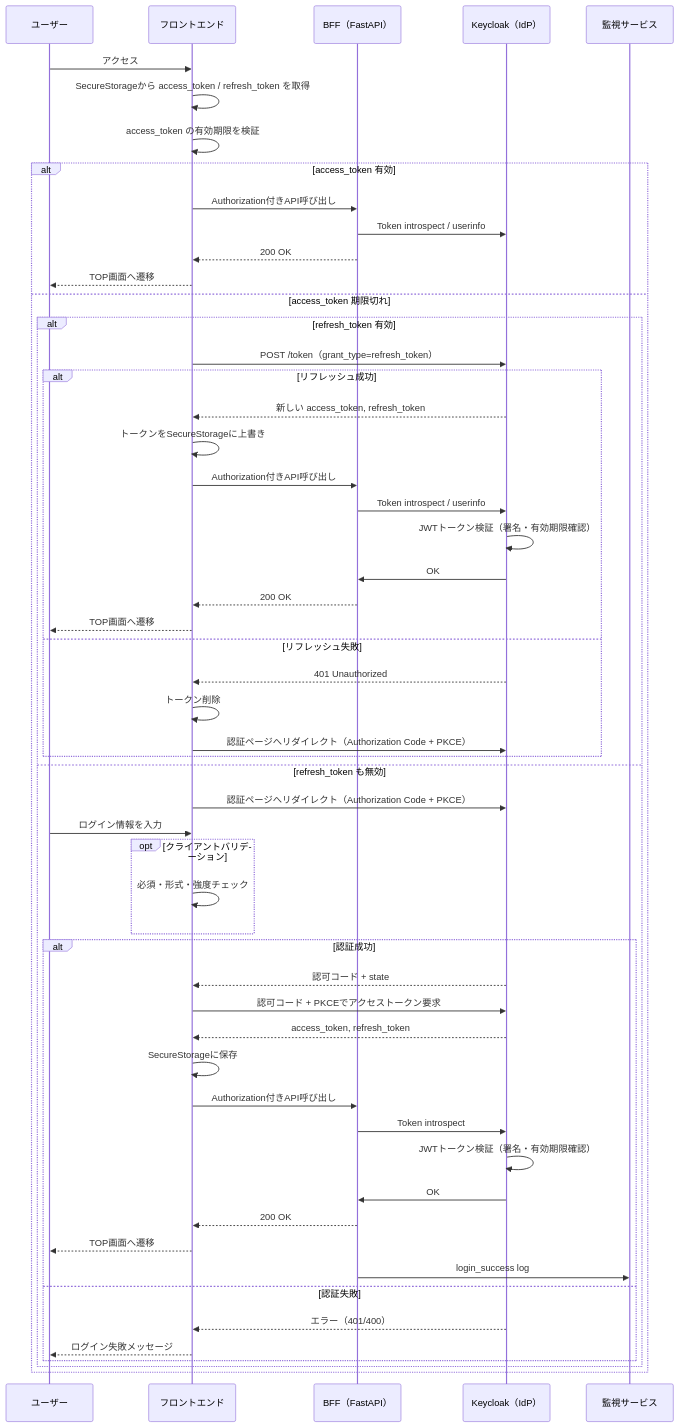
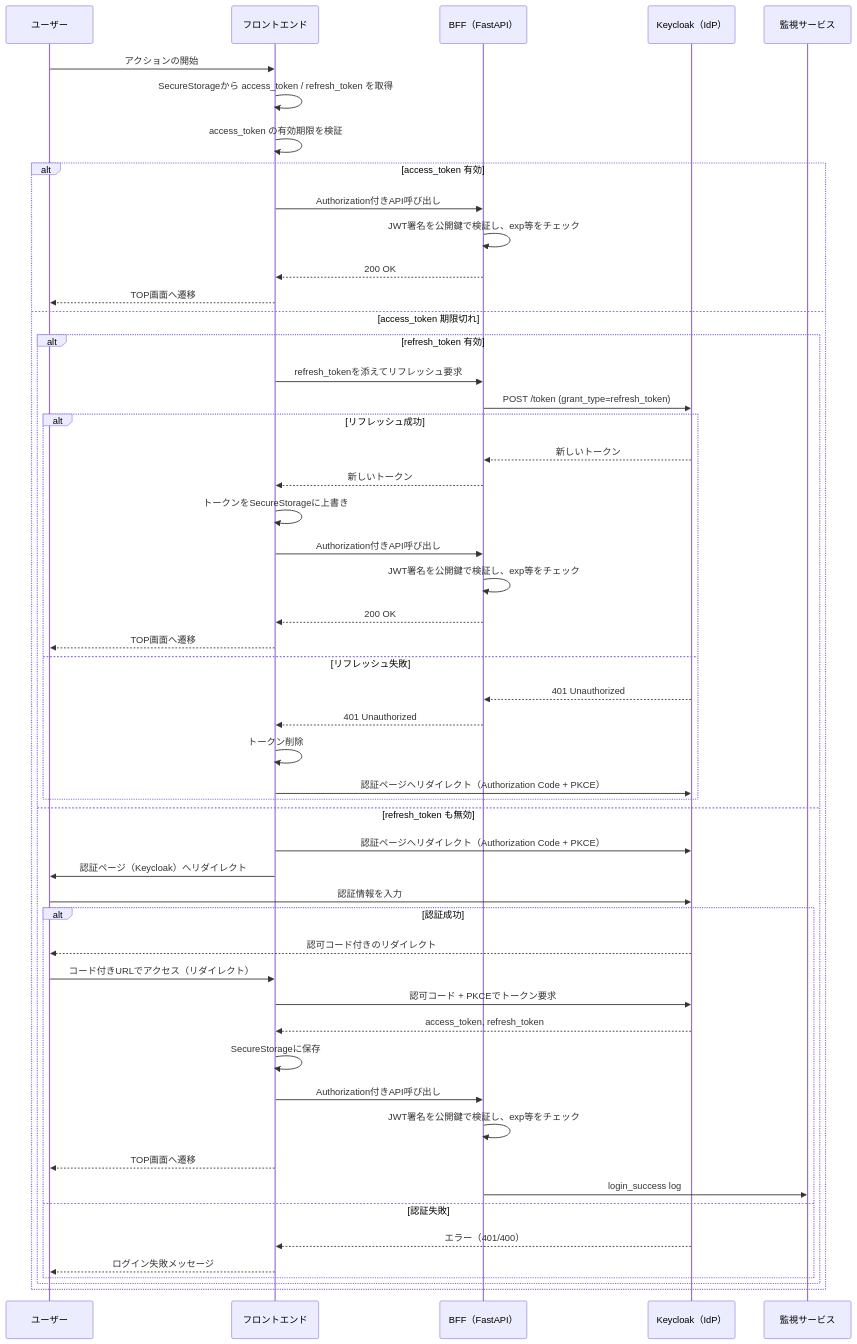
Before and after one commit to Yumapon/microservice_app: the second of 10 diagrams in sequence/README.md, drawn with Mermaid. The commit also changed other lines of this file, not shown here.

Commit message:
fix sequence

````diff
--- a/sequence/README.md
+++ b/sequence/README.md
@@ -135,63 +135,60 @@
 ```mermaid
 sequenceDiagram
     participant User as ユーザー
     participant Frontend as フロントエンド
     participant BFF as BFF（FastAPI）
     participant Keycloak as Keycloak（IdP）
     participant Monitoring as 監視サービス
 
     %% --- アプリ起動時の認証チェック ---
-    User->>Frontend: アクセス
+    User->>Frontend: アクションの開始
     Frontend->>Frontend: SecureStorageから access_token / refresh_token を取得
     Frontend->>Frontend: access_token の有効期限を検証
 
     alt access_token 有効
         Frontend->>BFF: Authorization付きAPI呼び出し
-        BFF->>Keycloak: Token introspect / userinfo
+        BFF->>BFF: JWT署名を公開鍵で検証し、exp等をチェック
         BFF-->>Frontend: 200 OK
         Frontend-->>User: TOP画面へ遷移
 
     else access_token 期限切れ
         alt refresh_token 有効
-            Frontend->>Keycloak: POST /token（grant_type=refresh_token）
+            Frontend->>BFF: refresh_tokenを添えてリフレッシュ要求
+            BFF->>Keycloak: POST /token (grant_type=refresh_token)
             alt リフレッシュ成功
-                Keycloak-->>Frontend: 新しい access_token, refresh_token
+                Keycloak-->>BFF: 新しいトークン
+                BFF-->>Frontend: 新しいトークン
                 Frontend->>Frontend: トークンをSecureStorageに上書き
                 Frontend->>BFF: Authorization付きAPI呼び出し
-                BFF->>Keycloak: Token introspect / userinfo
-                Keycloak->>Keycloak: JWTトークン検証（署名・有効期限確認）
-                Keycloak->>BFF: OK
+                BFF->>BFF: JWT署名を公開鍵で検証し、exp等をチェック
                 BFF-->>Frontend: 200 OK
                 Frontend-->>User: TOP画面へ遷移
             else リフレッシュ失敗
-                Keycloak-->>Frontend: 401 Unauthorized
+                Keycloak-->>BFF: 401 Unauthorized
+                BFF-->>Frontend: 401 Unauthorized
                 Frontend->>Frontend: トークン削除
                 Frontend->>Keycloak: 認証ページへリダイレクト（Authorization Code + PKCE）
             end
 
         else refresh_token も無効
             Frontend->>Keycloak: 認証ページへリダイレクト（Authorization Code + PKCE）
             %% --- 初回または手動ログイン ---
-            User->>Frontend: ログイン情報を入力
-            opt クライアントバリデーション
-                Frontend->>Frontend: 必須・形式・強度チェック
-            end
+            Frontend->>User: 認証ページ（Keycloak）へリダイレクト
+            User->>Keycloak: 認証情報を入力
             alt 認証成功
-                Keycloak-->>Frontend: 認可コード + state
-                Frontend->>Keycloak: 認可コード + PKCEでアクセストークン要求
+                Keycloak-->>User: 認可コード付きのリダイレクト
+                User->>Frontend: コード付きURLでアクセス（リダイレクト）
+                Frontend->>Keycloak: 認可コード + PKCEでトークン要求
                 Keycloak-->>Frontend: access_token, refresh_token
                 Frontend->>Frontend: SecureStorageに保存
                 Frontend->>BFF: Authorization付きAPI呼び出し
-                BFF->>Keycloak: Token introspect
-                Keycloak->>Keycloak: JWTトークン検証（署名・有効期限確認）
-                Keycloak->>BFF: OK
-                BFF-->>Frontend: 200 OK
+                BFF->>BFF: JWT署名を公開鍵で検証し、exp等をチェック
                 Frontend-->>User: TOP画面へ遷移
                 BFF->>Monitoring: login_success log
             else 認証失敗
                 Keycloak-->>Frontend: エラー（401/400）
                 Frontend-->>User: ログイン失敗メッセージ
             end
         end
     end
 ```
````
